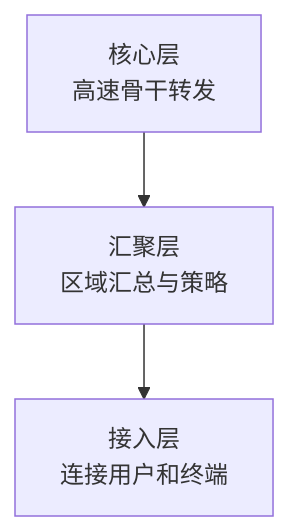
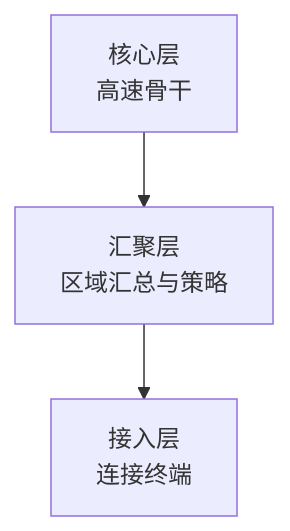
One commit to 74262195/system-architect-notes changed the diagram in 01_综合知识/01_计算机系统基础知识/03_计算机网络/08_网络工程与组网/层次化组网与冗余设计.md. Above: the diagram before and after it, drawn with Mermaid. The commit also changed other lines of this file and 8 other files, not shown here.

````diff
--- a/01_综合知识/01_计算机系统基础知识/03_计算机网络/08_网络工程与组网/层次化组网与冗余设计.md
+++ b/01_综合知识/01_计算机系统基础知识/03_计算机网络/08_网络工程与组网/层次化组网与冗余设计.md
@@ -43,5 +45,5 @@
 ```mermaid
 flowchart TB
-  A[核心层<br/>高速骨干转发] --> B[汇聚层<br/>区域汇总与策略]
-  B --> C[接入层<br/>连接用户和终端]
+    A[核心层<br/>高速骨干] --> B[汇聚层<br/>区域汇总与策略]
+    B --> C[接入层<br/>连接终端]
 ```
````
